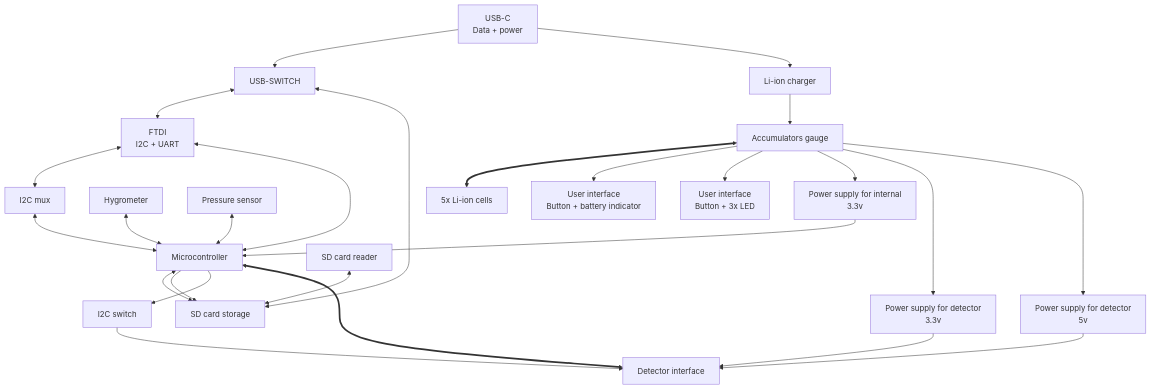
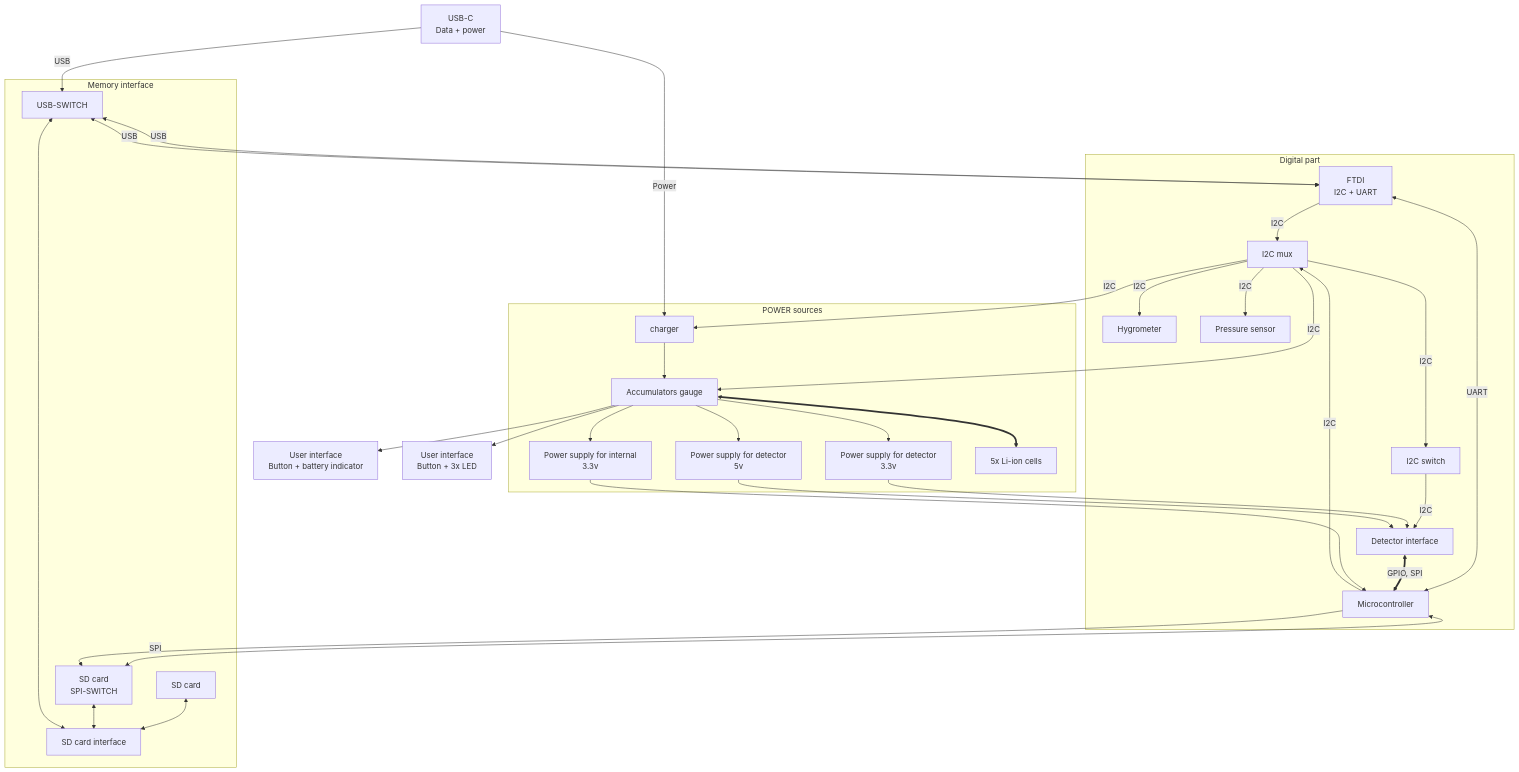
One commit to UniversalScientificTechnologies/xDOS_doc changed the diagram in AIRDOS/BATDATUNIT01.md. Above: the diagram before and after it, drawn with Mermaid.

````diff
--- a/AIRDOS/BATDATUNIT01.md
+++ b/AIRDOS/BATDATUNIT01.md
@@ -26,43 +26,62 @@
 ```mermaid
+
 flowchart TD
-    USB[USB-C\nData + power] --> USW[USB-SWITCH]
-    USW <--> FTDI[FTDI\nI2C + UART]
-    FTDI <--> I2CSW
-    FTDI <--> MCU
-    I2CSW[I2C mux] <--> MCU
+    USB[USB-C\nData + power] --USB --> USW
+    FTDI -- I2C --> I2CSW
+    FTDI -- UART <--> MCU
+    MCU -- I2C --> I2CSW[I2C mux]
     MCU[Microcontroller]
-    MCU <--> SDI
-    MCU --> SDI
+    MCU --SPI <--> SDW
+    MCU --> SDW
 
-    SDR[SD card reader] <--> SDI
-    SDI[SD card storage] <--> USW
-
-    HYG[Hygrometer] <--> MCU
-    ALT[Pressure sensor] <--> MCU
+    subgraph one[Memory interface]
+    SDR[SD card] <--> SDI
+    SDI[SD card interface] <--> USW
+    USW[USB-SWITCH]
+    SDW[SD card \n SPI-SWITCH] <--> SDI
+    end
 
 
-    MCU --> I2Cen
-    I2Cen[I2C switch] --> DI
-    DI[Detector interface] <==> MCU
+    subgraph three[Digital part ]
+    USW -- USB <--> FTDI[FTDI\nI2C + UART]
+
+    I2CSW --I2C--> HYG[Hygrometer]
+    I2CSW --I2C--> ALT[Pressure sensor]
+
+    I2CSW -- I2C --> I2Cen
+    I2Cen[I2C switch] -- I2C --> DI
+    DI[Detector interface] == GPIO, SPI <==> MCU
+
+    end
 
 
-    USB --> charger[Li-ion charger]
-    charger --> GAUGE[Accumulators gauge]
+    I2CSW --I2C--> GAUGE
+    I2CSW --I2C--> charger
 
-    GAUGE <==> LIION[5x Li-ion cells]
 
     GAUGE --> UI1[User interface \n Button + battery indicator]
     GAUGE --> UI2[User interface \n Button + 3x LED]
 
     GAUGE --> PWR3v3
     GAUGE --> PWR3v3E
     GAUGE --> PWR5vE
+    
+    USW -- USB <--> FTDI[FTDI\nI2C + UART]
+    USB -- Power --> charger
+
+    subgraph two[POWER sources]
     PWR3v3[Power supply for internal\n3.3v]
     PWR3v3E[Power supply for detector\n3.3v]
     PWR5vE[Power supply for detector\n5v]
+    
+    charger --> GAUGE[Accumulators gauge]
+    GAUGE <==> LIION[5x Li-ion cells]
+    end
     PWR3v3 --> MCU
 
     PWR3v3E --> DI
     PWR5vE --> DI
 
+
+
 ```
````
